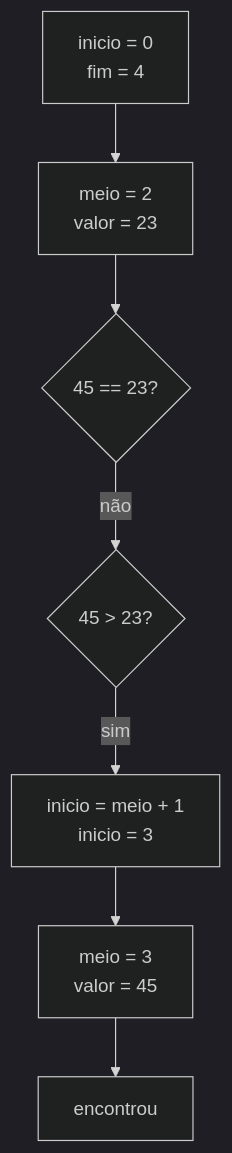
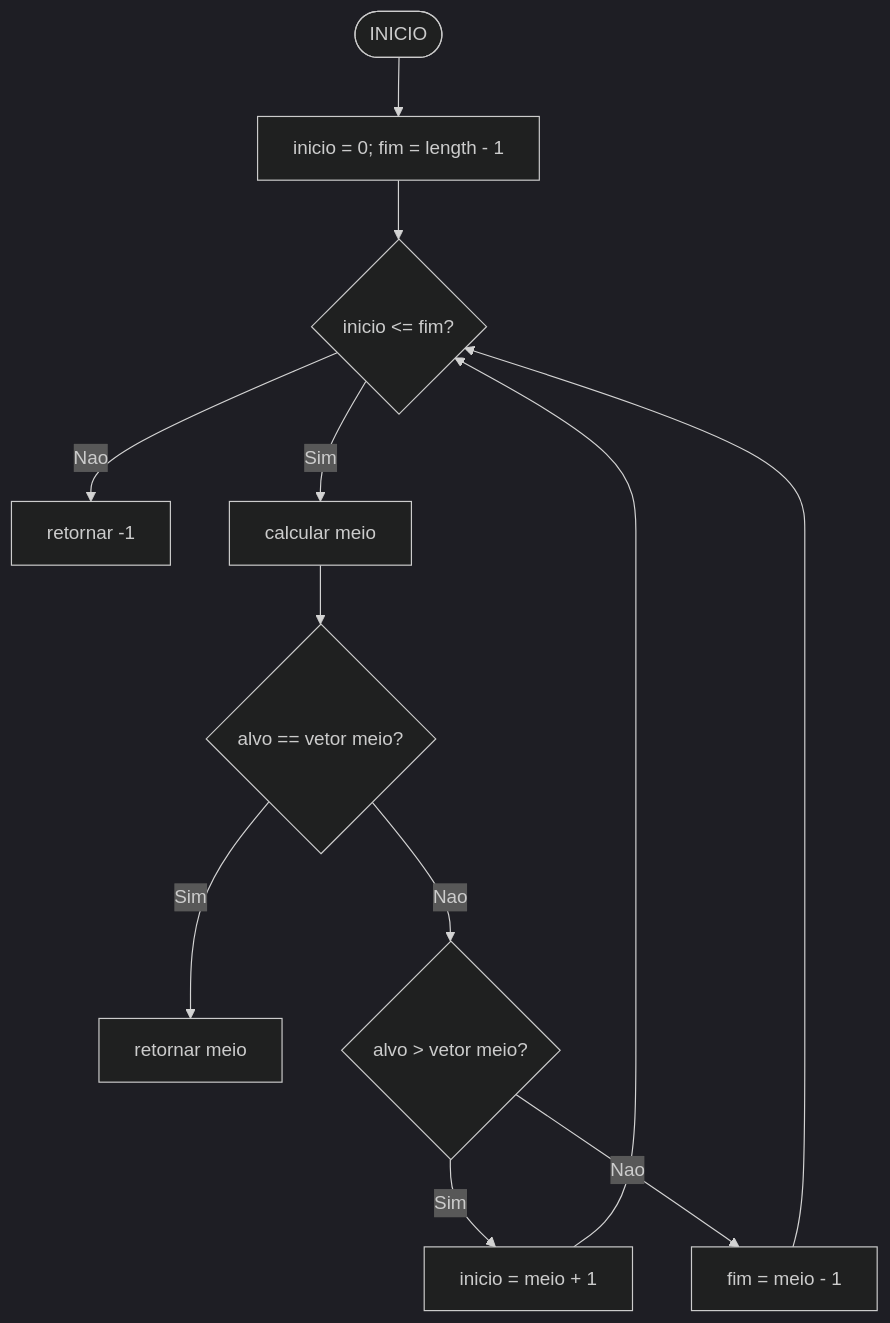
Before and after one commit to carubbi/T160_T998: the diagram in aula10/aula10.md, drawn with Mermaid (dark theme). The commit also changed other lines of this file and 12 other files, not shown here.

````diff
--- a/aula10/aula10.md
+++ b/aula10/aula10.md
@@ -596,9 +164,14 @@
 ```mermaid
 flowchart TD
-    A["inicio = 0<br/>fim = 4"] --> B["meio = 2<br/>valor = 23"]
-    B --> C{"45 == 23?"}
-    C -- não --> D{"45 > 23?"}
-    D -- sim --> E["inicio = meio + 1<br/>inicio = 3"]
-    E --> F["meio = 3<br/>valor = 45"]
-    F --> G["encontrou"]
+A([INICIO]) --> B[inicio = 0; fim = length - 1]
+B --> C{inicio <= fim?}
+C -- Nao --> D[retornar -1]
+C -- Sim --> E[calcular meio]
+E --> F{alvo == vetor meio?}
+F -- Sim --> G[retornar meio]
+F -- Nao --> H{alvo > vetor meio?}
+H -- Sim --> I[inicio = meio + 1]
+H -- Nao --> J[fim = meio - 1]
+I --> C
+J --> C
 ```
````
